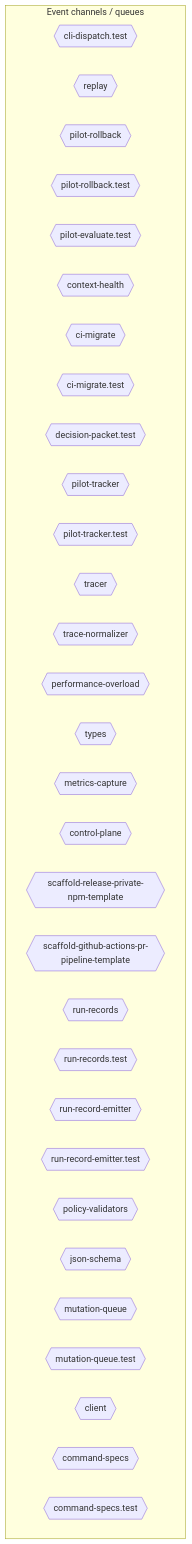
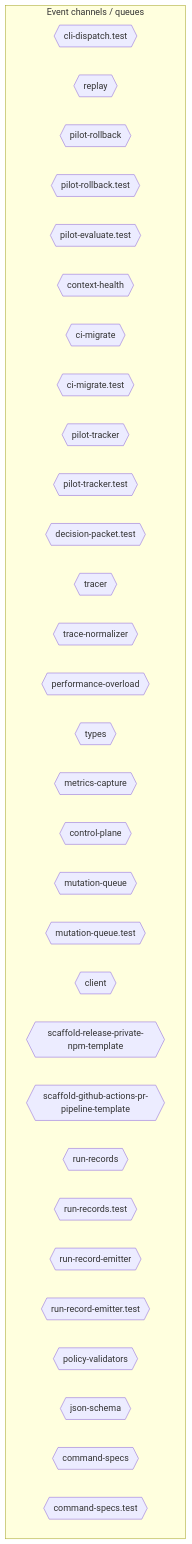
Before and after one commit to jscraik/coding-harness: the sixth of 10 diagrams in AI/context/diagram-context.md, drawn with Mermaid. The commit also changed other lines of this file and 3 other files, not shown here.

````diff
--- a/AI/context/diagram-context.md
+++ b/AI/context/diagram-context.md
@@ -2074,37 +2080,37 @@
 ```mermaid
 flowchart TD
   subgraph Channels["Event channels / queues"]
     cli_dispatch_test_54c9f17b{{"cli-dispatch.test"}}
     replay_ac203c98{{"replay"}}
     pilot_rollback_00c1f82c{{"pilot-rollback"}}
     pilot_rollback_test_e61d5a2b{{"pilot-rollback.test"}}
     pilot_evaluate_test_a2ac06fc{{"pilot-evaluate.test"}}
     context_health_80bb7da9{{"context-health"}}
     ci_migrate_78bb70b1{{"ci-migrate"}}
     ci_migrate_test_2a015bb9{{"ci-migrate.test"}}
-    decision_packet_test_9ea0e97b{{"decision-packet.test"}}
     pilot_tracker_5c767813{{"pilot-tracker"}}
     pilot_tracker_test_80398a66{{"pilot-tracker.test"}}
+    decision_packet_test_9ea0e97b{{"decision-packet.test"}}
     tracer_1e6243a2{{"tracer"}}
     trace_normalizer_cb1be1d2{{"trace-normalizer"}}
     performance_overload_c685bfcf{{"performance-overload"}}
-    types_11_4be3ee64{{"types"}}
+    types_9_1db4641f{{"types"}}
     metrics_capture_1d1a2c08{{"metrics-capture"}}
     control_plane_96826665{{"control-plane"}}
+    mutation_queue_ce5a530e{{"mutation-queue"}}
+    mutation_queue_test_10b599e8{{"mutation-queue.test"}}
+    client_1_914e1681{{"client"}}
     scaffold_release_private_npm_template_075499f8{{"scaffold-release-private-npm-template"}}
     scaffold_github_actions_pr_pipeline_template_e2b85f62{{"scaffold-github-actions-pr-pipeline-template"}}
     run_records_f616aa7c{{"run-records"}}
     run_records_test_3ee6a0e3{{"run-records.test"}}
     run_record_emitter_00168a3a{{"run-record-emitter"}}
     run_record_emitter_test_5475c0da{{"run-record-emitter.test"}}
     policy_validators_6682e192{{"policy-validators"}}
     json_schema_74a768d7{{"json-schema"}}
-    mutation_queue_ce5a530e{{"mutation-queue"}}
-    mutation_queue_test_10b599e8{{"mutation-queue.test"}}
-    client_1_914e1681{{"client"}}
     command_specs_69167c63{{"command-specs"}}
     command_specs_test_7f693e85{{"command-specs.test"}}
   end
   classDef eventNode fill:#db2777,color:#fff
 
 ```
````
